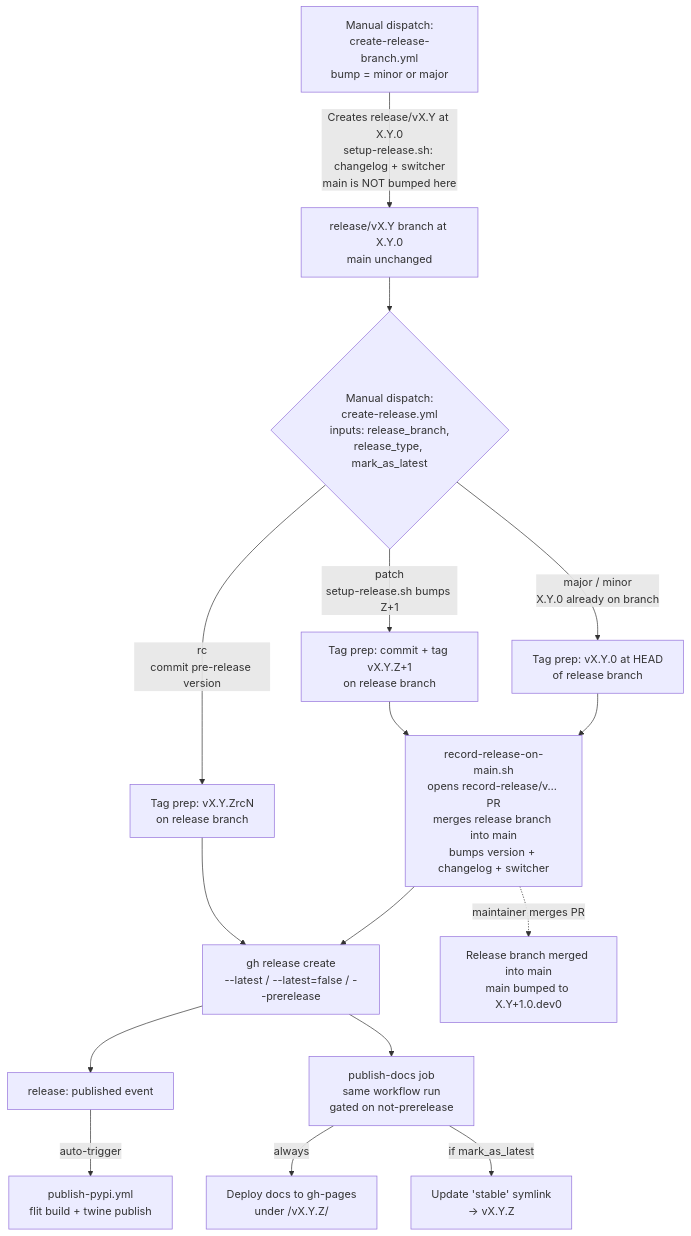
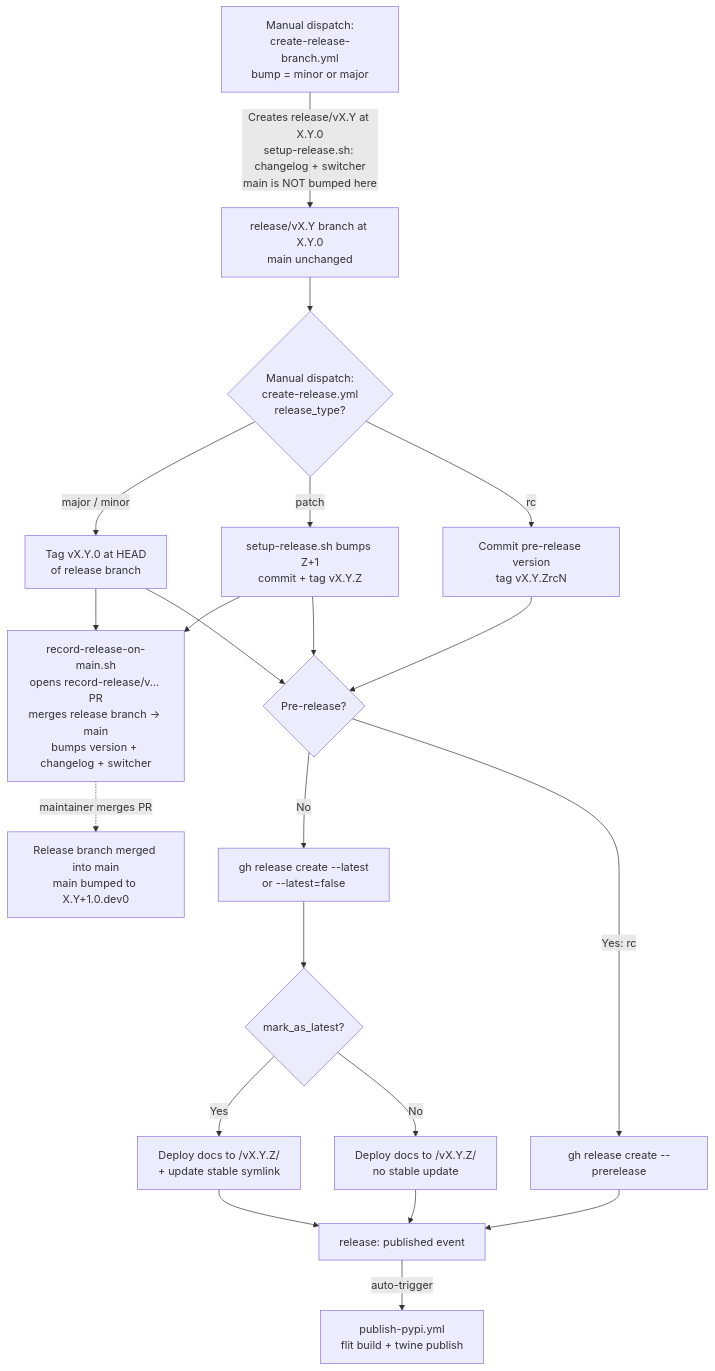
The first of 2 diagrams in docs/RELEASE_PROCESS.md (Deltares/hydromt), drawn with Mermaid before and after one commit. The commit also changed other lines of this file and 5 other files, not shown here.

````diff
--- a/docs/RELEASE_PROCESS.md
+++ b/docs/RELEASE_PROCESS.md
@@ -13,27 +13,34 @@
 ```mermaid
 flowchart TD
     A[Manual dispatch:<br/>create-release-branch.yml<br/>bump = minor or major]
       -->|Creates release/vX.Y at X.Y.0<br/>setup-release.sh: changelog + switcher<br/>main is NOT bumped here| B[release/vX.Y branch at X.Y.0<br/>main unchanged]
 
-    B --> C{Manual dispatch:<br/>create-release.yml<br/>inputs: release_branch,<br/>release_type, mark_as_latest}
+    B --> C{Manual dispatch:<br/>create-release.yml<br/>release_type?}
 
-    C -->|major / minor<br/>X.Y.0 already on branch| D1[Tag prep: vX.Y.0 at HEAD<br/>of release branch]
-    C -->|patch<br/>setup-release.sh bumps Z+1| D2[Tag prep: commit + tag vX.Y.Z+1<br/>on release branch]
-    C -->|rc<br/>commit pre-release version| D3[Tag prep: vX.Y.ZrcN<br/>on release branch]
+    C -->|major / minor| D1[Tag vX.Y.0 at HEAD<br/>of release branch]
+    C -->|patch| D2[setup-release.sh bumps Z+1<br/>commit + tag vX.Y.Z]
+    C -->|rc| D3[Commit pre-release version<br/>tag vX.Y.ZrcN]
 
-    D1 --> E
+    D1 --> E[record-release-on-main.sh<br/>opens record-release/v… PR<br/>merges release branch → main<br/>bumps version + changelog + switcher]
     D2 --> E
-    E[record-release-on-main.sh<br/>opens record-release/v… PR<br/>merges release branch into main<br/>bumps version + changelog + switcher]
 
-    E --> G
-    D3 --> G[gh release create<br/>--latest / --latest=false / --prerelease]
+    D1 --> F{Pre-release?}
+    D2 --> F
+    D3 --> F
 
-    G --> I[release: published event]
+    F -->|No| G1[gh release create --latest<br/>or --latest=false]
+    F -->|Yes: rc| G2[gh release create --prerelease]
+
+    G1 --> H{mark_as_latest?}
+    G2 --> I[release: published event]
+
+    H -->|Yes| H1[Deploy docs to /vX.Y.Z/<br/>+ update stable symlink]
+    H -->|No| H2[Deploy docs to /vX.Y.Z/<br/>no stable update]
+
+    H1 --> I
+    H2 --> I
+
     I -->|auto-trigger| J[publish-pypi.yml<br/>flit build + twine publish]
-
-    G --> H[publish-docs job<br/>same workflow run<br/>gated on not-prerelease]
-    H -->|always| H1[Deploy docs to gh-pages<br/>under /vX.Y.Z/]
-    H -->|if mark_as_latest| H2[Update 'stable' symlink<br/>→ vX.Y.Z]
 
     E -.->|maintainer merges PR| K[Release branch merged into main<br/>main bumped to X.Y+1.0.dev0]
 ```
````
